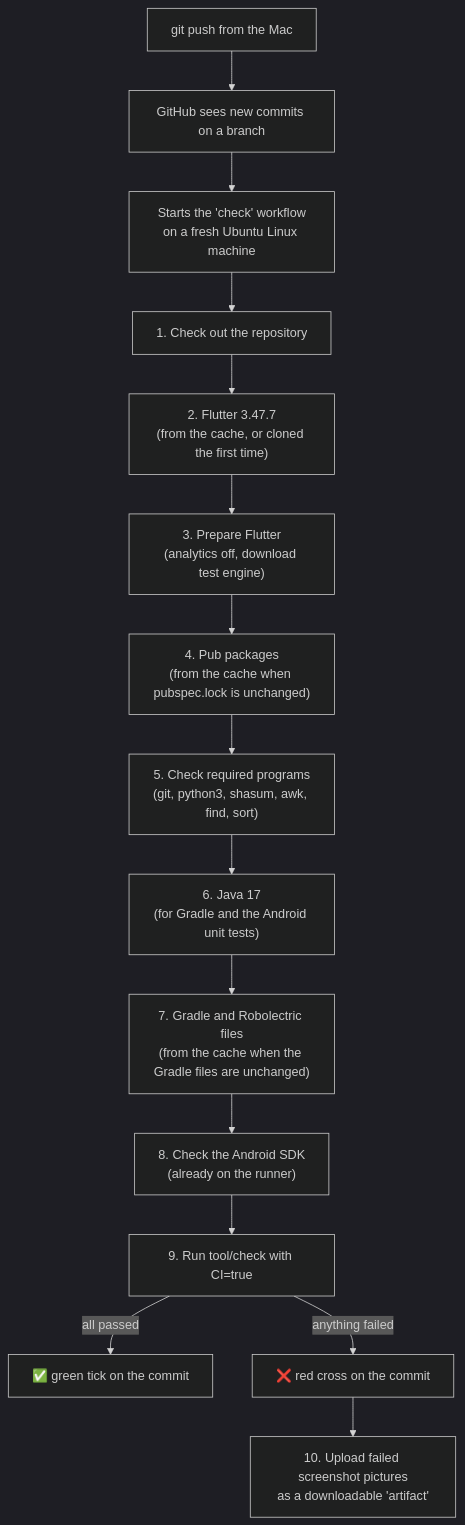
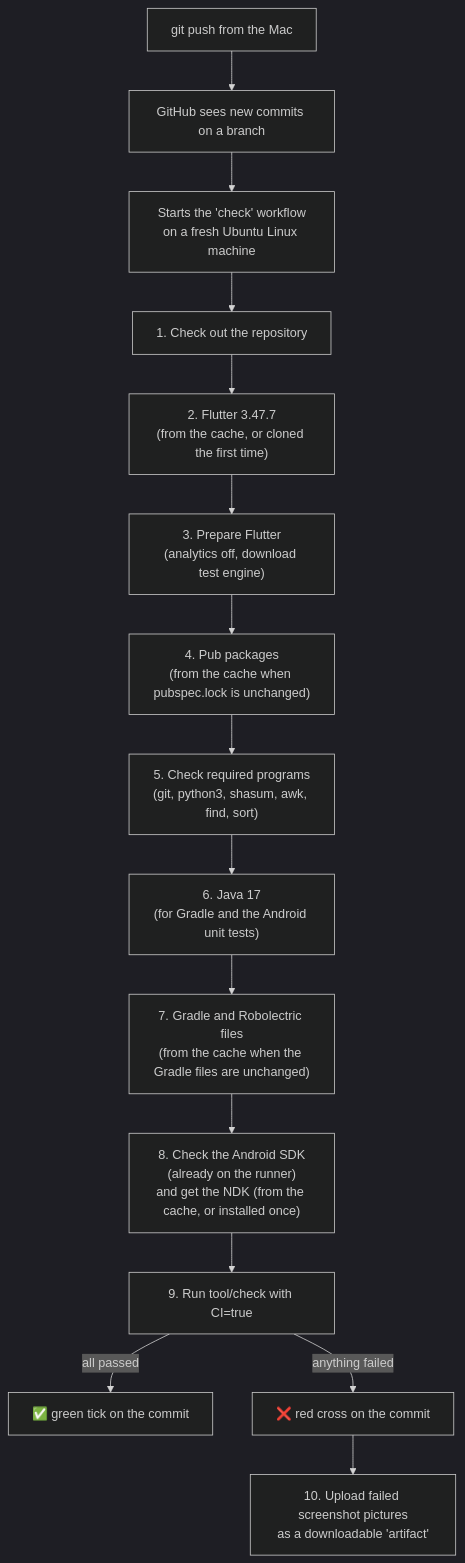
Before and after one commit to yashsarda21/taketray: the diagram in docs/learn/github-automatic-checks.md, drawn with Mermaid (dark theme). The commit also changed other lines of this file and 3 other files, not shown here.

First line of the commit message:
ci: install and cache the Android NDK that Flutter names, for the Android unit tests

````diff
--- a/docs/learn/github-automatic-checks.md
+++ b/docs/learn/github-automatic-checks.md
@@ -34,17 +34,17 @@
 ```mermaid
 flowchart TD
     A["git push from the Mac"] --> B["GitHub sees new commits on a branch"]
     B --> C["Starts the 'check' workflow<br/>on a fresh Ubuntu Linux machine"]
     C --> D["1. Check out the repository"]
     D --> E["2. Flutter 3.47.7<br/>(from the cache, or cloned the first time)"]
     E --> F["3. Prepare Flutter<br/>(analytics off, download test engine)"]
     F --> G["4. Pub packages<br/>(from the cache when pubspec.lock is unchanged)"]
     G --> H["5. Check required programs<br/>(git, python3, shasum, awk, find, sort)"]
     H --> H2["6. Java 17<br/>(for Gradle and the Android unit tests)"]
     H2 --> H3["7. Gradle and Robolectric files<br/>(from the cache when the Gradle files are unchanged)"]
-    H3 --> H4["8. Check the Android SDK<br/>(already on the runner)"]
+    H3 --> H4["8. Check the Android SDK<br/>(already on the runner)<br/>and get the NDK (from the cache, or installed once)"]
     H4 --> I["9. Run tool/check with CI=true"]
     I -->|all passed| J["✅ green tick on the commit"]
     I -->|anything failed| K["❌ red cross on the commit"]
     K --> L["10. Upload failed screenshot pictures<br/>as a downloadable 'artifact'"]
 ```
````
